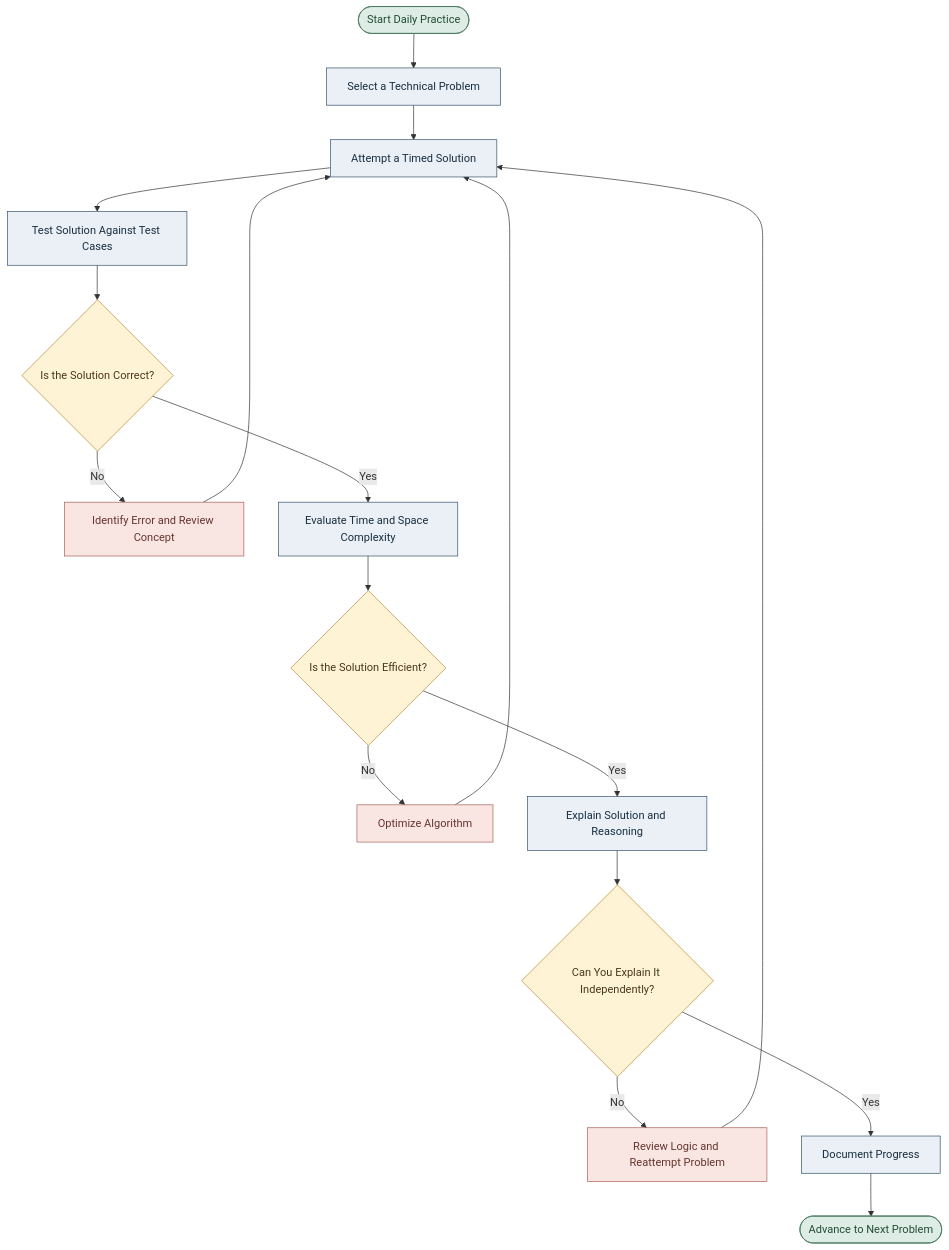
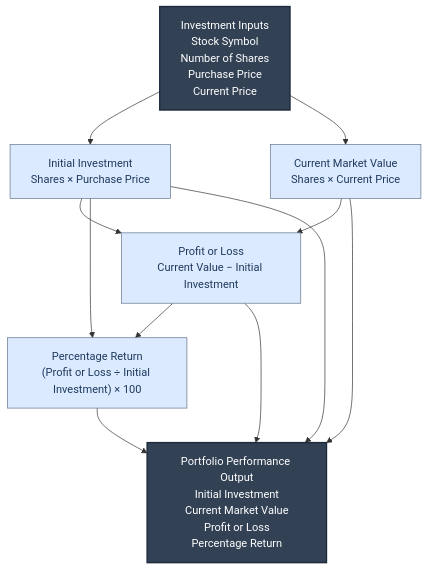
The diagram in Quantitative_Developer_Graduation_Plan.md (AnnanyaSingh02/skills-communicate-using-markdown-annanyasingh), drawn with Mermaid before and after one commit. The commit also changed other lines of this file, not shown here.

````diff
--- a/Quantitative_Developer_Graduation_Plan.md
+++ b/Quantitative_Developer_Graduation_Plan.md
@@ -105,35 +74,33 @@
 ```mermaid
 flowchart TD
-    A([Start Daily Practice]) --> B[Select a Technical Problem]
-    B --> C[Attempt a Timed Solution]
-    C --> D[Test Solution Against Test Cases]
-    D --> E{Is the Solution Correct?}
+    A["Investment Inputs<br/>Stock Symbol<br/>Number of Shares<br/>Purchase Price<br/>Current Price"]
 
-    E -->|No| F[Identify Error and Review Concept]
-    F --> C
+    B["Initial Investment<br/>Shares × Purchase Price"]
 
-    E -->|Yes| G[Evaluate Time and Space Complexity]
-    G --> H{Is the Solution Efficient?}
+    C["Current Market Value<br/>Shares × Current Price"]
 
-    H -->|No| I[Optimize Algorithm]
-    I --> C
+    D["Profit or Loss<br/>Current Value − Initial Investment"]
 
-    H -->|Yes| J[Explain Solution and Reasoning]
-    J --> K{Can You Explain It Independently?}
+    E["Percentage Return<br/>(Profit or Loss ÷ Initial Investment) × 100"]
 
-    K -->|No| L[Review Logic and Reattempt Problem]
-    L --> C
+    F["Portfolio Performance Output<br/>Initial Investment<br/>Current Market Value<br/>Profit or Loss<br/>Percentage Return"]
 
-    K -->|Yes| M[Document Progress]
-    M --> N([Advance to Next Problem])
+    A --> B
+    A --> C
+    B --> D
+    C --> D
+    D --> E
+    B --> E
+    B --> F
+    C --> F
+    D --> F
+    E --> F
 
-    classDef process fill:#EAF0F6,stroke:#36536B,color:#172D40
-    classDef decision fill:#FFF3D6,stroke:#B38A35,color:#493819
-    classDef endpoint fill:#DDEDE5,stroke:#47765D,color:#234B36
-    classDef improvement fill:#F9E6E3,stroke:#AA6158,color:#65342E
+    classDef input fill:#334155,color:#ffffff,stroke:#1e293b,stroke-width:2px
+    classDef calculation fill:#dbeafe,color:#1e3a5f,stroke:#64748b,stroke-width:1px
+    classDef output fill:#334155,color:#ffffff,stroke:#1e293b,stroke-width:2px
 
-    class B,C,D,G,J,M process
-    class E,H,K decision
-    class A,N endpoint
-    class F,I,L improvement
+    class A input
+    class B,C,D,E calculation
+    class F output
 ```
````
